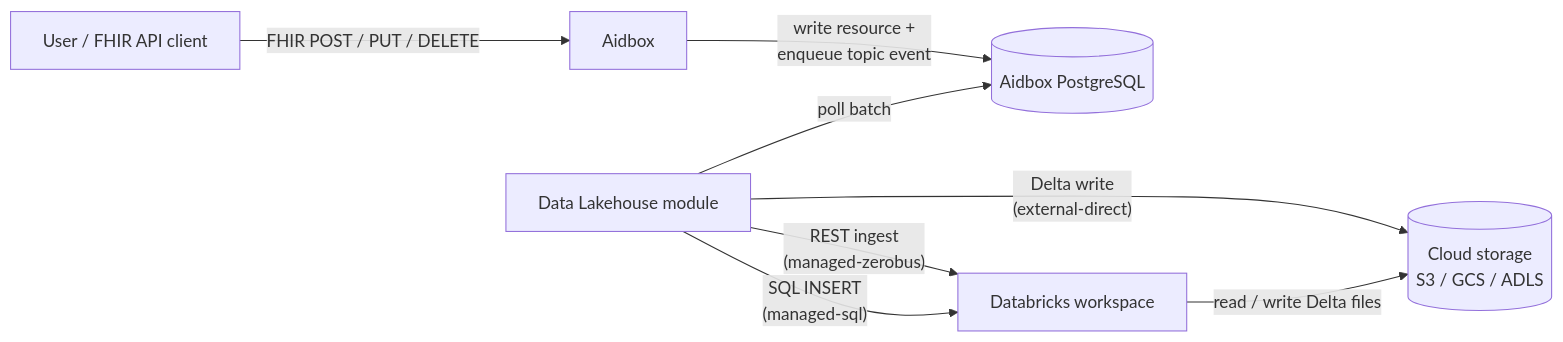
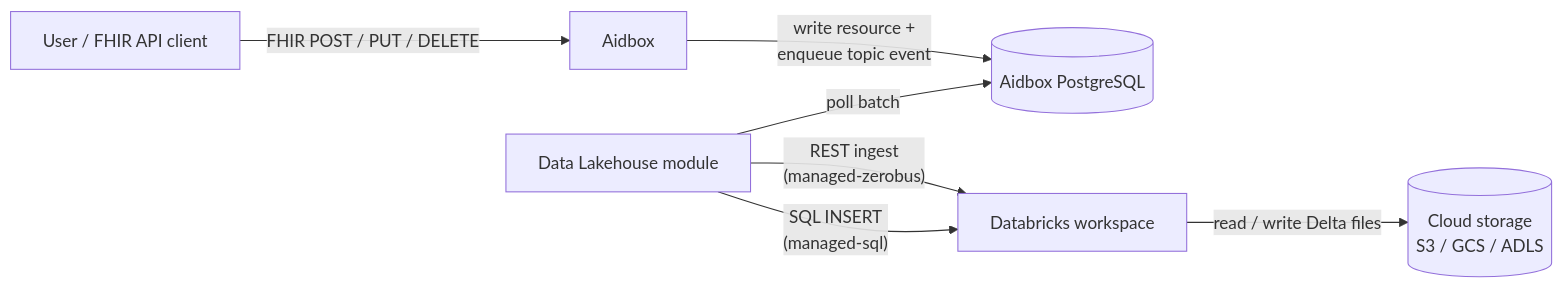
The first of 4 diagrams in docs/tutorials/subscriptions-tutorials/data-lakehouse-aidboxtopicdestination.md (HealthSamurai/aidbox-docs), drawn with Mermaid before and after one commit. The commit also changed other lines of this file and 3 other files, not shown here.

````diff
--- a/docs/tutorials/subscriptions-tutorials/data-lakehouse-aidboxtopicdestination.md
+++ b/docs/tutorials/subscriptions-tutorials/data-lakehouse-aidboxtopicdestination.md
@@ -70,17 +70,16 @@
 ```mermaid
 graph LR
     Client[User / FHIR API client]:::blue2
     Aidbox[Aidbox]:::blue2
     PG[(Aidbox PostgreSQL)]:::neutral2
     Mod[Data Lakehouse module]:::yellow2
     DBX[Databricks workspace]:::green2
     FS[(Cloud storage<br/>S3 / GCS / ADLS)]:::violet2
 
     Client -- FHIR POST / PUT / DELETE --> Aidbox
     Aidbox -- write resource +<br/>enqueue topic event --> PG
     Mod -- poll batch --> PG
     Mod -- REST ingest<br/>(managed-zerobus) --> DBX
     Mod -- SQL INSERT<br/>(managed-sql) --> DBX
-    Mod -- Delta write<br/>(external-direct) --> FS
     DBX -- read / write Delta files --> FS
 ```
````
